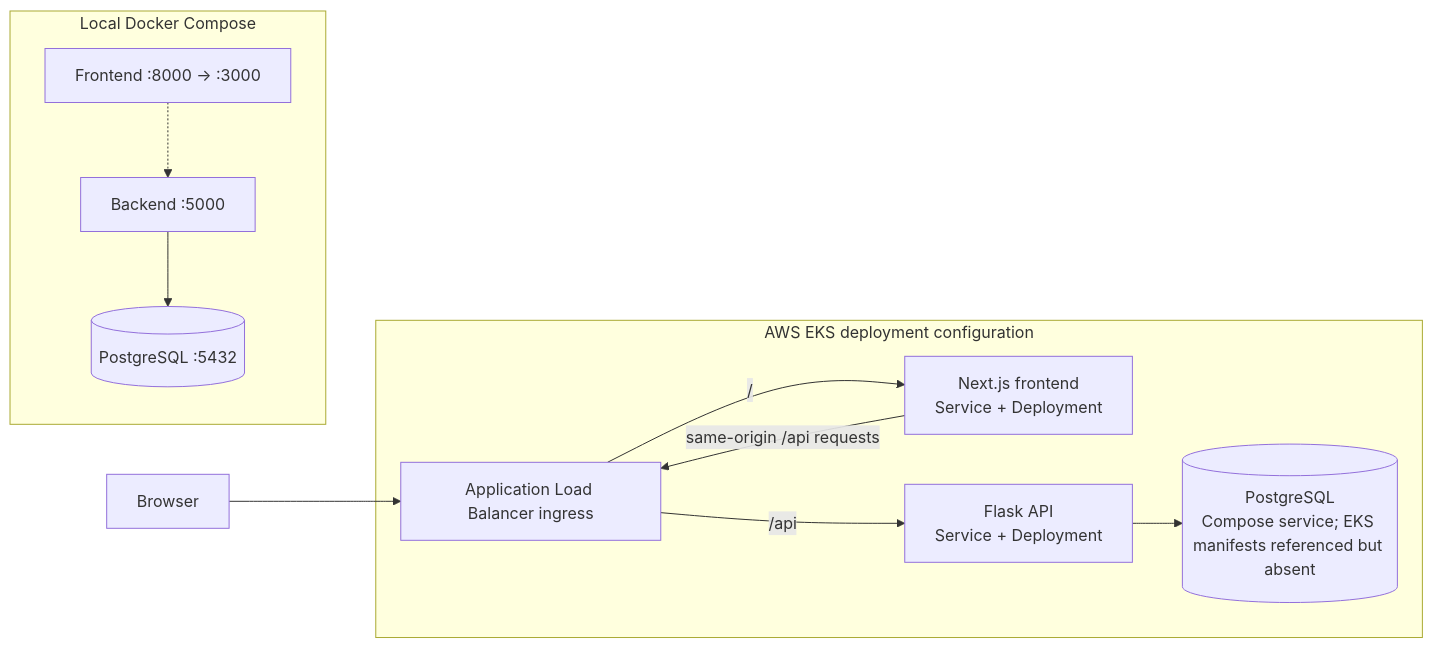
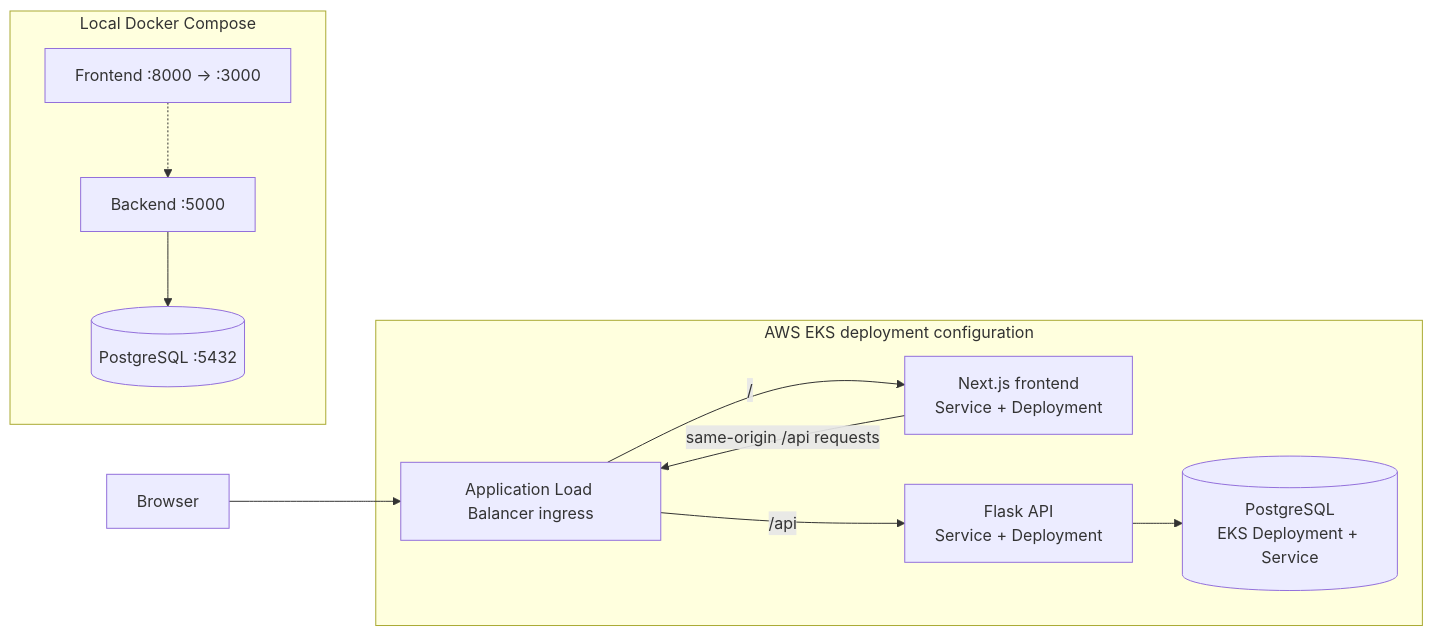
One commit to wejden123cherif/Summerinternship changed the diagram in README.md. Above: the diagram before and after it, drawn with Mermaid. The commit also changed other lines of this file, not shown here.

Commit message:
docs: correct Smartovate EKS deployment details

````diff
--- a/README.md
+++ b/README.md
@@ -9,22 +9,22 @@
 ```mermaid
 flowchart LR
     Browser[Browser]
     subgraph EKS[AWS EKS deployment configuration]
         ALB[Application Load Balancer ingress]
         Frontend[Next.js frontend<br/>Service + Deployment]
         Backend[Flask API<br/>Service + Deployment]
-        Database[(PostgreSQL<br/>Compose service; EKS manifests referenced but absent)]
+        Database[(PostgreSQL<br/>EKS Deployment + Service)]
         ALB -->|/| Frontend
         ALB -->|/api| Backend
         Frontend -->|same-origin /api requests| ALB
         Backend --> Database
     end
     Browser --> ALB
     subgraph Local[Local Docker Compose]
         ComposeFrontend[Frontend :8000 → :3000]
         ComposeBackend[Backend :5000]
         ComposeDB[(PostgreSQL :5432)]
         ComposeFrontend -.-> ComposeBackend
         ComposeBackend --> ComposeDB
     end
 ```
````
